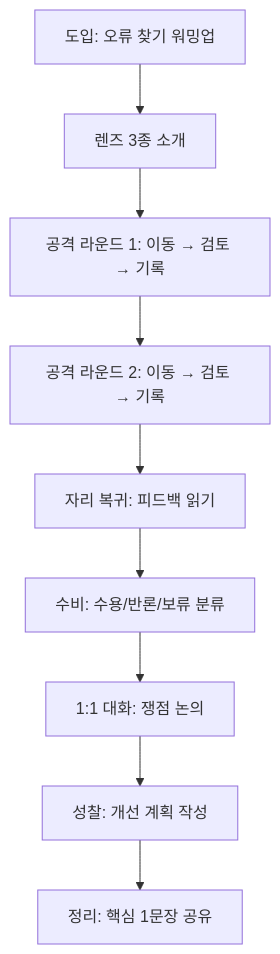
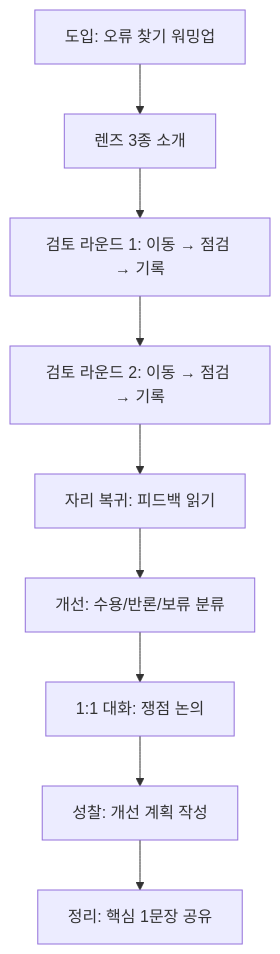
One commit to greatsong/data-analysis-agentic changed the third of 3 diagrams in docs/chapter07.md. Above: the diagram before and after it, drawn with Mermaid. The commit also changed other lines of this file and 6 other files, not shown here.

First line of the commit message:
어색한 표현 정리: 과격한 비유 → 교육적 표현 + mermaid \n → <br>

````diff
--- a/docs/chapter07.md
+++ b/docs/chapter07.md
@@ -299,11 +299,11 @@
 ```mermaid
 flowchart TD
     A[도입: 오류 찾기 워밍업] --> B[렌즈 3종 소개]
-    B --> C[공격 라운드 1: 이동 → 검토 → 기록]
-    C --> D[공격 라운드 2: 이동 → 검토 → 기록]
+    B --> C[검토 라운드 1: 이동 → 점검 → 기록]
+    C --> D[검토 라운드 2: 이동 → 점검 → 기록]
     D --> E[자리 복귀: 피드백 읽기]
-    E --> F[수비: 수용/반론/보류 분류]
+    E --> F[개선: 수용/반론/보류 분류]
     F --> G[1:1 대화: 쟁점 논의]
     G --> H[성찰: 개선 계획 작성]
     H --> I[정리: 핵심 1문장 공유]
 ```
````
